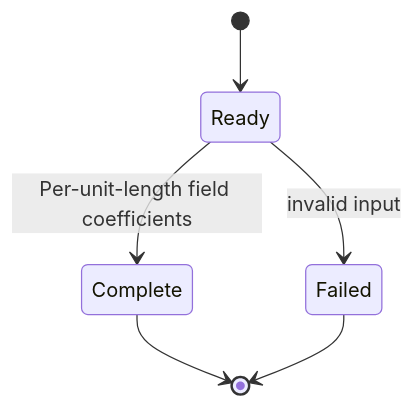
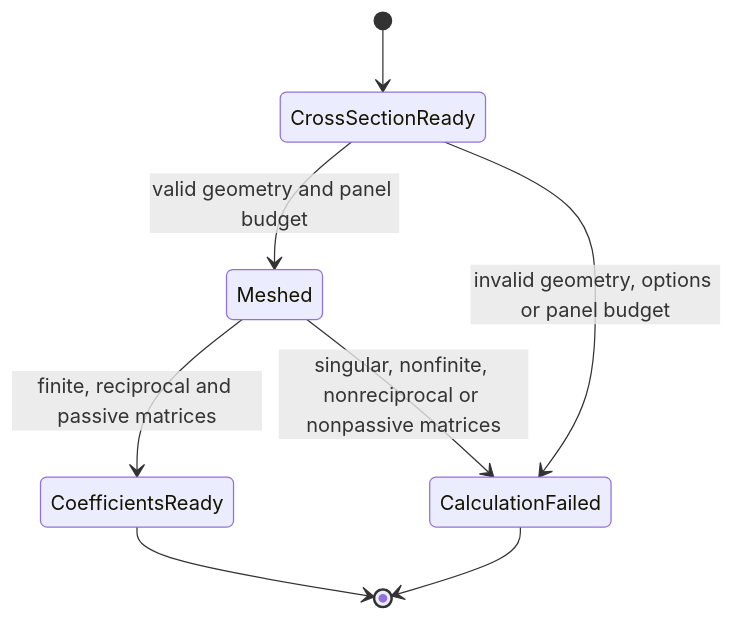
The fourth of 4 diagrams in README.md (draarivpatel-ui/signal-integrity-pipeline), drawn with Mermaid before and after one commit. The commit also changed other lines of this file and 1 other file, not shown here.

Commit message:
docs: preserve channel workflows and document cross-section calculation

````diff
--- a/README.md
+++ b/README.md
@@ -34,8 +61,10 @@
 ```mermaid
 stateDiagram-v2
-  [*] --> Ready
-  Ready --> Complete: Per-unit-length field coefficients
-  Ready --> Failed: invalid input
-  Complete --> [*]
-  Failed --> [*]
+  [*] --> CrossSectionReady
+  CrossSectionReady --> Meshed: valid geometry and panel budget
+  CrossSectionReady --> CalculationFailed: invalid geometry, options or panel budget
+  Meshed --> CoefficientsReady: finite, reciprocal and passive matrices
+  Meshed --> CalculationFailed: singular, nonfinite, nonreciprocal or nonpassive matrices
+  CoefficientsReady --> [*]
+  CalculationFailed --> [*]
 ```
````
